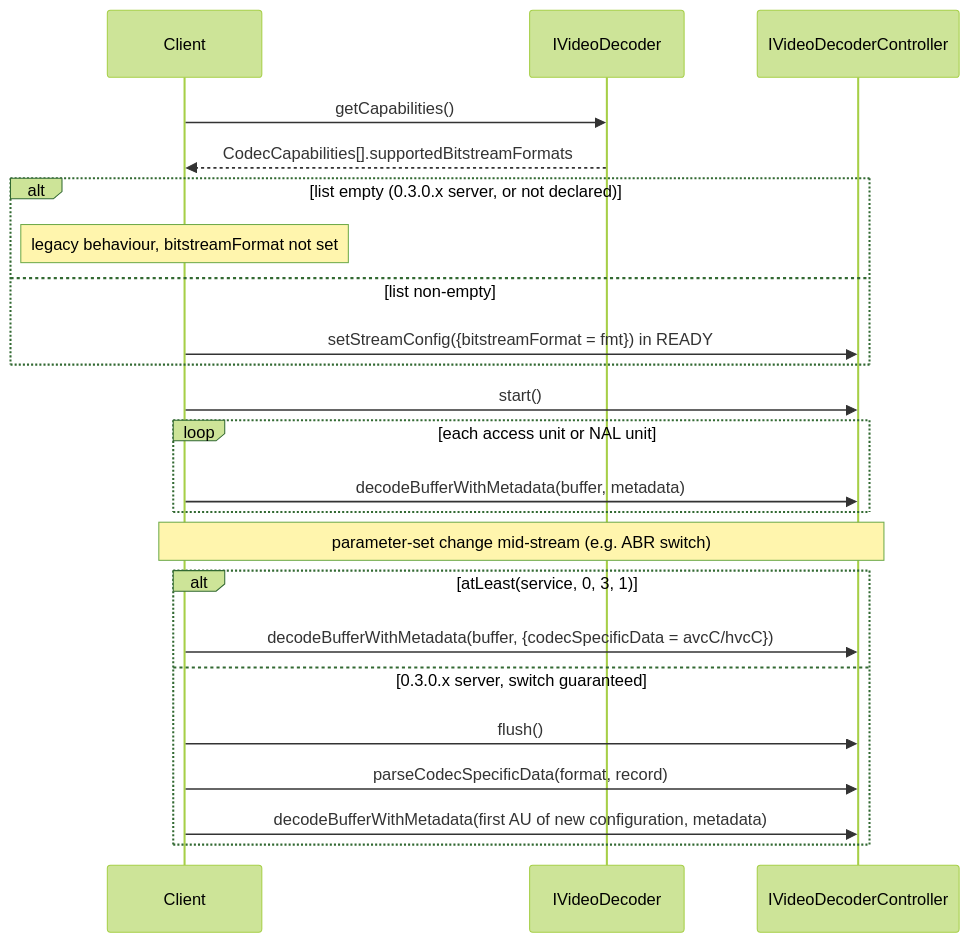
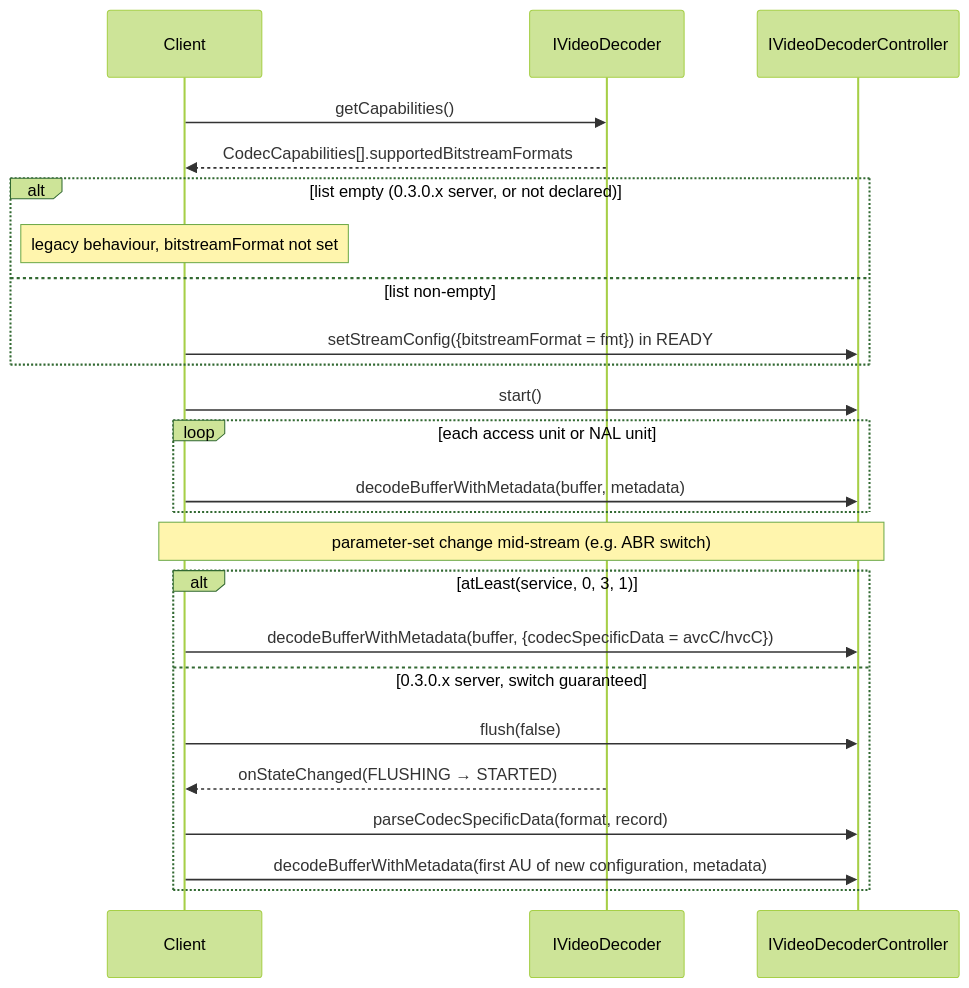
The third of 4 diagrams in videodecoder/current/docs/video_decoder.md (rdkcentral/rdk-halif-aidl), drawn with Mermaid (forest theme) before and after one commit. The commit also changed other lines of this file, not shown here.

Commit message:
Fix #930: wait for STARTED before CSD fallback
parseCodecSpecificData() requires STARTED, and flush() passes through
FLUSHING, so the 0.3.0.x fallback now waits for
onStateChanged(FLUSHING -> STARTED) before sending the new record.
Addresses the follow-up Copilot review on #995.

````diff
--- a/videodecoder/current/docs/video_decoder.md
+++ b/videodecoder/current/docs/video_decoder.md
@@ -238,25 +238,26 @@
 ```mermaid
 sequenceDiagram
     participant C as Client
     participant D as IVideoDecoder
     participant DC as IVideoDecoderController
     C->>D: getCapabilities()
     D-->>C: CodecCapabilities[].supportedBitstreamFormats
     alt list empty (0.3.0.x server, or not declared)
         Note over C: legacy behaviour, bitstreamFormat not set
     else list non-empty
         C->>DC: setStreamConfig({bitstreamFormat = fmt}) in READY
     end
     C->>DC: start()
     loop each access unit or NAL unit
         C->>DC: decodeBufferWithMetadata(buffer, metadata)
     end
     Note over C,DC: parameter-set change mid-stream (e.g. ABR switch)
     alt atLeast(service, 0, 3, 1)
         C->>DC: decodeBufferWithMetadata(buffer, {codecSpecificData = avcC/hvcC})
     else 0.3.0.x server, switch guaranteed
-        C->>DC: flush()
+        C->>DC: flush(false)
+        D-->>C: onStateChanged(FLUSHING → STARTED)
         C->>DC: parseCodecSpecificData(format, record)
         C->>DC: decodeBufferWithMetadata(first AU of new configuration, metadata)
     end
 ```
````
